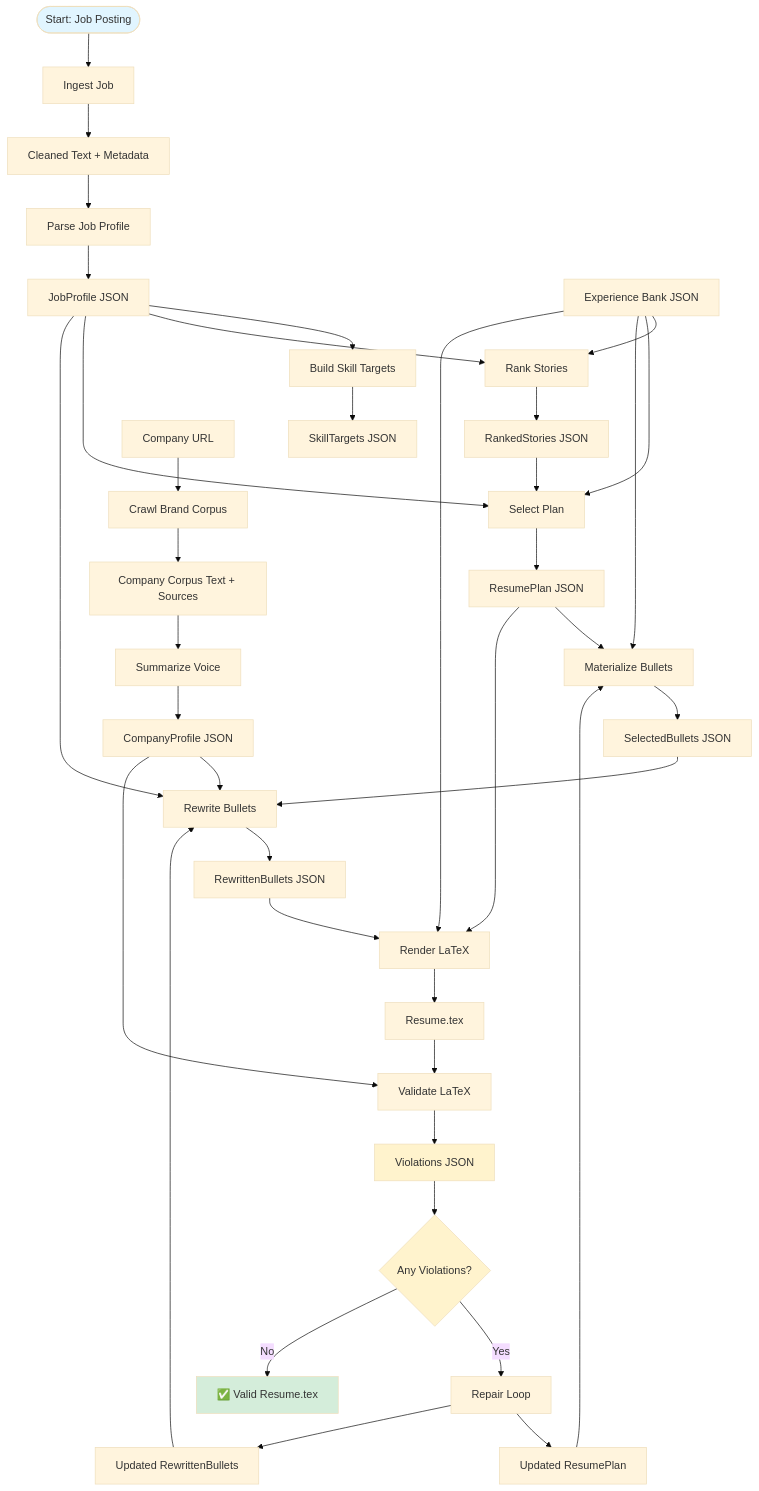
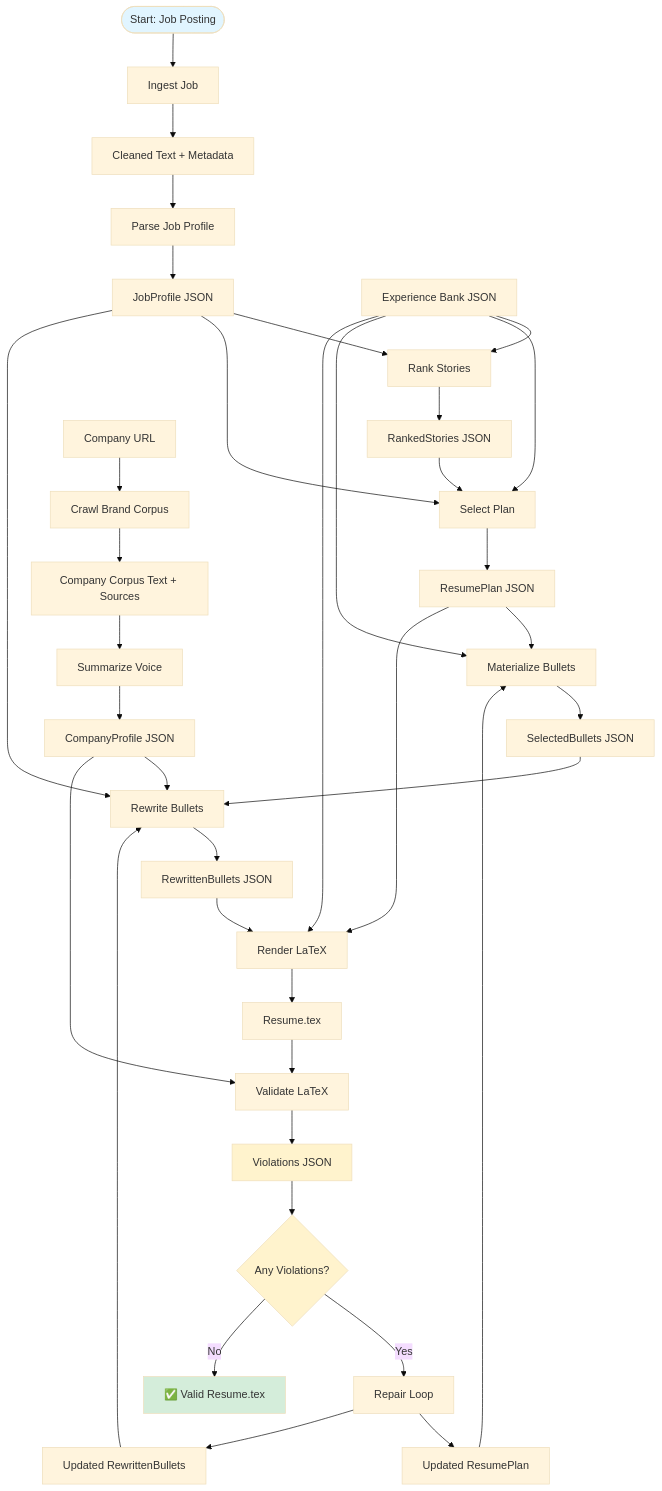
The diagram in README.md (jonkmatsumo/resume-customizer), drawn with Mermaid (base theme) before and after one commit. The commit also changed other lines of this file and 9 other files, not shown here.

````diff
--- a/README.md
+++ b/README.md
@@ -20,58 +9,55 @@
 ```mermaid
 graph TD
     Start([Start: Job Posting]) --> IngestJob[Ingest Job]
     IngestJob --> CleanedText[Cleaned Text + Metadata]
     
     CleanedText --> ParseJob[Parse Job Profile]
     ParseJob --> JobProfile[JobProfile JSON]
-    
-    JobProfile --> BuildSkills[Build Skill Targets]
-    BuildSkills --> SkillTargets[SkillTargets JSON]
     
     ExperienceBank[Experience Bank JSON] --> RankStories[Rank Stories]
     JobProfile --> RankStories
     RankStories --> RankedStories[RankedStories JSON]
     
     RankedStories --> SelectPlan[Select Plan]
     JobProfile --> SelectPlan
     ExperienceBank --> SelectPlan
     SelectPlan --> ResumePlan[ResumePlan JSON]
     
     ResumePlan --> Materialize[Materialize Bullets]
     ExperienceBank --> Materialize
     Materialize --> SelectedBullets[SelectedBullets JSON]
     
     CompanyURL[Company URL] --> CrawlBrand[Crawl Brand Corpus]
     CrawlBrand --> CompanyCorpus[Company Corpus Text + Sources]
     
     CompanyCorpus --> SummarizeVoice[Summarize Voice]
     SummarizeVoice --> CompanyProfile[CompanyProfile JSON]
     
     SelectedBullets --> Rewrite[Rewrite Bullets]
     JobProfile --> Rewrite
     CompanyProfile --> Rewrite
     Rewrite --> RewrittenBullets[RewrittenBullets JSON]
     
     ResumePlan --> RenderLaTeX[Render LaTeX]
     RewrittenBullets --> RenderLaTeX
     ExperienceBank --> RenderLaTeX
     RenderLaTeX --> LaTeXFile[Resume.tex]
     
     LaTeXFile --> Validate[Validate LaTeX]
     CompanyProfile --> Validate
     Validate --> Violations[Violations JSON]
     
     Violations --> CheckViolations{Any Violations?}
     CheckViolations -->|Yes| Repair[Repair Loop]
     CheckViolations -->|No| FinalResume[✅ Valid Resume.tex]
     
     Repair --> UpdatedPlan[Updated ResumePlan]
     Repair --> UpdatedBullets[Updated RewrittenBullets]
     UpdatedPlan --> Materialize
     UpdatedBullets --> Rewrite
     
     style Start fill:#e1f5ff
     style FinalResume fill:#d4edda
     style Violations fill:#fff3cd
     style CheckViolations fill:#fff3cd
 ```
````
